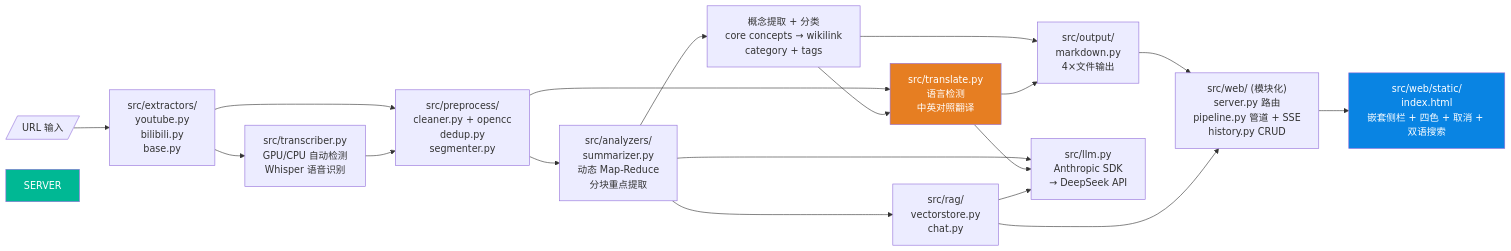
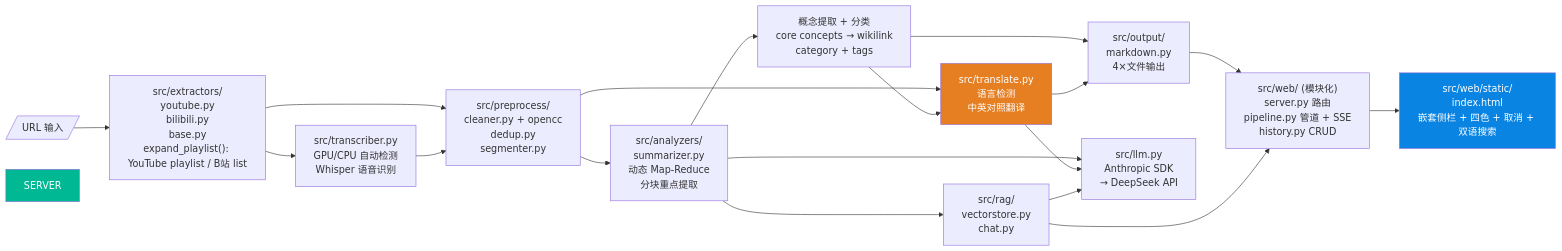
Before and after one commit to zoneby-Alex/scan: the ninth of 9 diagrams in 迭代文档/流程图.md, drawn with Mermaid. The commit also changed other lines of this file and 4 other files, not shown here.

````diff
--- a/迭代文档/流程图.md
+++ b/迭代文档/流程图.md
@@ -279,38 +287,38 @@
 ```mermaid
 flowchart LR
     URL[/"URL 输入"/]
 
-    URL --> EXTRACTORS["src/extractors/<br/>youtube.py<br/>bilibili.py<br/>base.py"]
+    URL --> EXTRACTORS["src/extractors/<br/>youtube.py<br/>bilibili.py<br/>base.py<br/>expand_playlist(): YouTube playlist / B站 list"]
 
     EXTRACTORS --> TRANSCRIBER["src/transcriber.py<br/>GPU/CPU 自动检测<br/>Whisper 语音识别"]
 
     EXTRACTORS --> PREPROCESS["src/preprocess/<br/>cleaner.py + opencc<br/>dedup.py<br/>segmenter.py"]
 
     TRANSCRIBER --> PREPROCESS
 
     PREPROCESS --> ANALYZERS["src/analyzers/<br/>summarizer.py<br/>动态 Map-Reduce<br/>分块重点提取"]
 
     PREPROCESS --> TRANSLATE["src/translate.py<br/>语言检测<br/>中英对照翻译"]
 
     ANALYZERS --> CONCEPTS["概念提取 + 分类<br/>core concepts → wikilink<br/>category + tags"]
     CONCEPTS --> TRANSLATE
 
     CONCEPTS --> OUTPUT["src/output/<br/>markdown.py<br/>4×文件输出"]
     ANALYZERS --> LLM["src/llm.py<br/>Anthropic SDK<br/>→ DeepSeek API"]
 
     TRANSLATE --> LLM
     TRANSLATE --> OUTPUT
 
     ANALYZERS --> RAG["src/rag/<br/>vectorstore.py<br/>chat.py"]
 
     RAG --> LLM
 
     OUTPUT --> WEB["src/web/ (模块化)<br/>server.py 路由<br/>pipeline.py 管道 + SSE<br/>history.py CRUD"]
     RAG --> WEB
 
     WEB --> FRONTEND["src/web/static/<br/>index.html<br/>嵌套侧栏 + 四色 + 取消 + 双语搜索"]
 
     style SERVER fill:#00b894,color:#fff
     style FRONTEND fill:#0984e3,color:#fff
     style TRANSLATE fill:#e67e22,color:#fff
 ```
````
